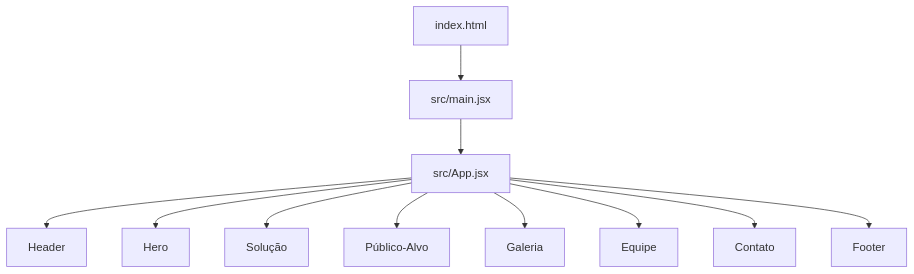
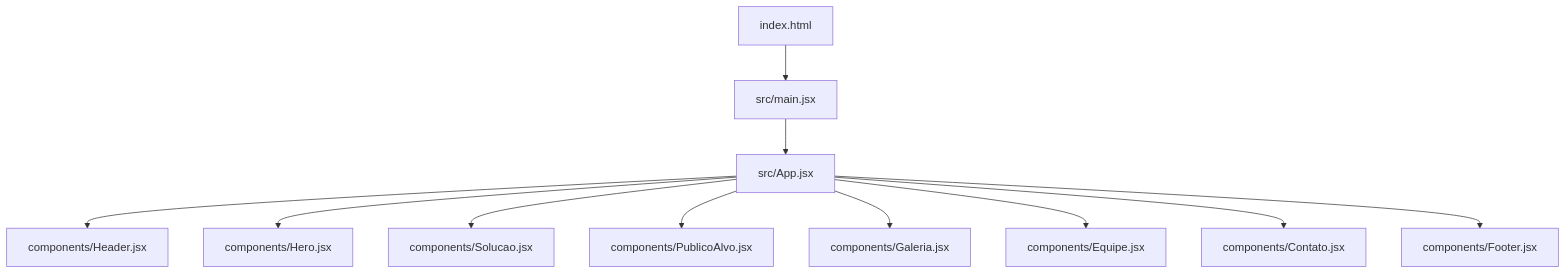
One commit to isadorabassoasseiro-boop/OptiCode changed the first of 8 diagrams in .qoder/repowiki/en/content/Project Overview.md. Above: the diagram before and after it, drawn with Mermaid. The commit also changed other lines of this file and 35 other files, not shown here.

````diff
--- a/.qoder/repowiki/en/content/Project Overview.md
+++ b/.qoder/repowiki/en/content/Project Overview.md
@@ -40,13 +57,13 @@
 ```mermaid
 graph TB
-A["index.html"] --> B["src/main.jsx"]
-B --> C["src/App.jsx"]
-C --> D["Header"]
-C --> E["Hero"]
-C --> F["Solução"]
-C --> G["Público-Alvo"]
-C --> H["Galeria"]
-C --> I["Equipe"]
-C --> J["Contato"]
-C --> K["Footer"]
+HTML["index.html"] --> MainJS["src/main.jsx"]
+MainJS --> AppJS["src/App.jsx"]
+AppJS --> Header["components/Header.jsx"]
+AppJS --> Hero["components/Hero.jsx"]
+AppJS --> Solucao["components/Solucao.jsx"]
+AppJS --> PublicoAlvo["components/PublicoAlvo.jsx"]
+AppJS --> Galeria["components/Galeria.jsx"]
+AppJS --> Equipe["components/Equipe.jsx"]
+AppJS --> Contato["components/Contato.jsx"]
+AppJS --> Footer["components/Footer.jsx"]
 ```
````
